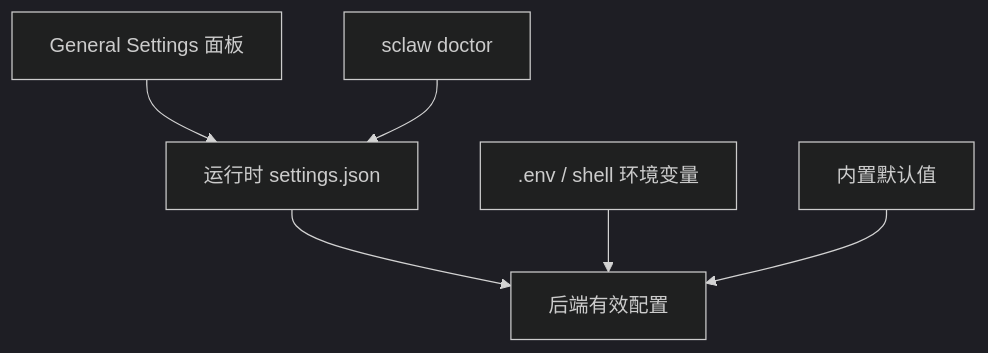
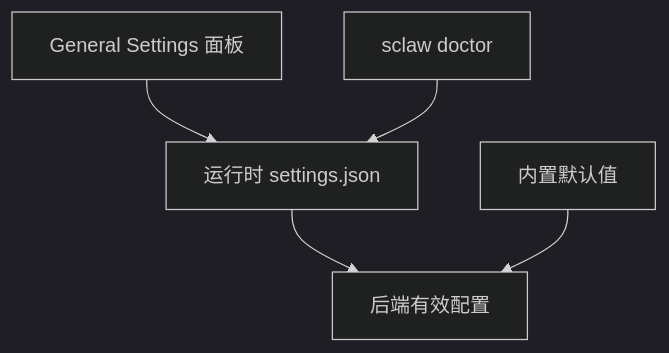
One commit to structureclaw/structureclaw changed the second of 3 diagrams in docs/handbook_CN.md. Above: the diagram before and after it, drawn with Mermaid (dark theme). The commit also changed other lines of this file and 8 other files, not shown here.

````diff
--- a/docs/handbook_CN.md
+++ b/docs/handbook_CN.md
@@ -191,8 +190,7 @@
 ```mermaid
 flowchart TD
   Settings[运行时 settings.json] --> Effective[后端有效配置]
-  Env[.env / shell 环境变量] --> Effective
   Defaults[内置默认值] --> Effective
   UI[General Settings 面板] --> Settings
   Doctor[sclaw doctor] --> Settings
 ```
````
